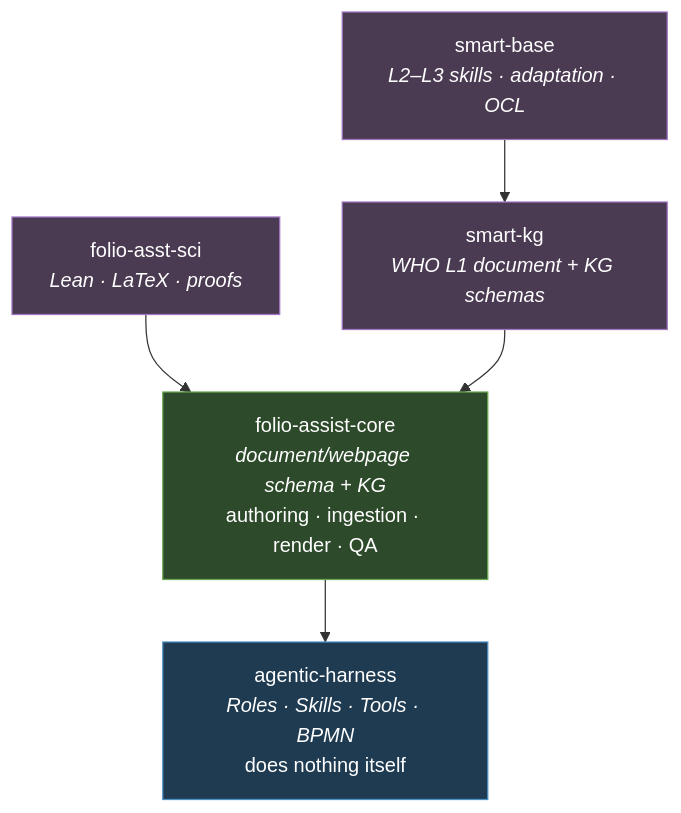
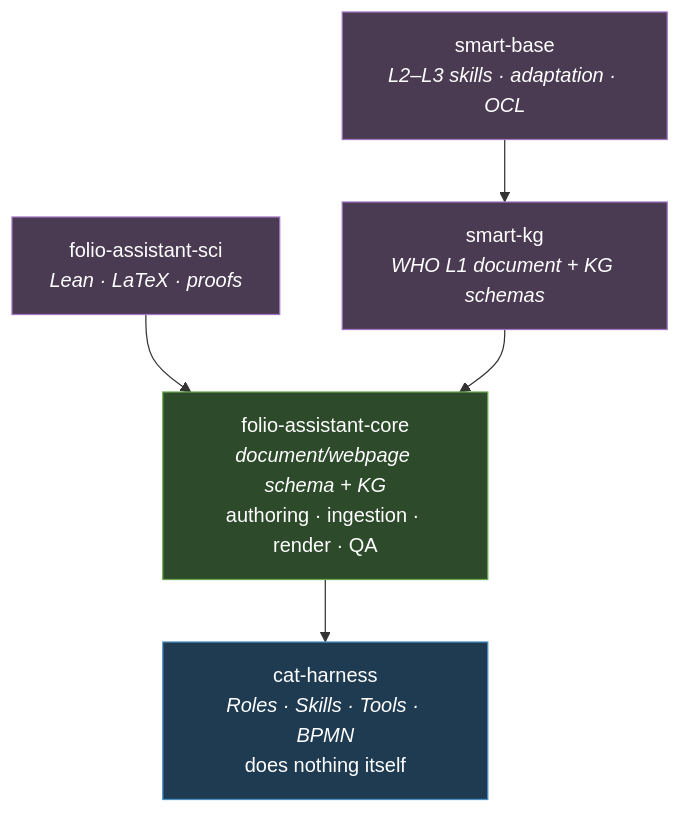
One commit to litlfred/folio-assistant changed the diagram in cat-harness/docs/architecture/future-state.md. Above: the diagram before and after it, drawn with Mermaid. The commit also changed other lines of this file and 6 other files, not shown here.

````diff
--- a/cat-harness/docs/architecture/future-state.md
+++ b/cat-harness/docs/architecture/future-state.md
@@ -27,20 +27,20 @@
 ```mermaid
 flowchart TD
-    AH[agentic-harness<br/><i>Roles · Skills · Tools · BPMN</i><br/>does nothing itself]
-    CORE[folio-assist-core<br/><i>document/webpage schema + KG</i><br/>authoring · ingestion · render · QA]
-    SCI[folio-asst-sci<br/><i>Lean · LaTeX · proofs</i>]
+    AH[cat-harness<br/><i>Roles · Skills · Tools · BPMN</i><br/>does nothing itself]
+    CORE[folio-assistant-core<br/><i>document/webpage schema + KG</i><br/>authoring · ingestion · render · QA]
+    SCI[folio-assistant-sci<br/><i>Lean · LaTeX · proofs</i>]
     KG[smart-kg<br/><i>WHO L1 document + KG schemas</i>]
     BASE[smart-base<br/><i>L2–L3 skills · adaptation · OCL</i>]
 
     CORE --> AH
     SCI --> CORE
     KG --> CORE
     BASE --> KG
 
     classDef harness fill:#1f3b52,stroke:#4a90c2,color:#fff
     classDef core fill:#2d4a2b,stroke:#6aa84f,color:#fff
     classDef leaf fill:#4a3b52,stroke:#a274c2,color:#fff
     class AH harness
     class CORE core
     class SCI,KG,BASE leaf
 ```
````
